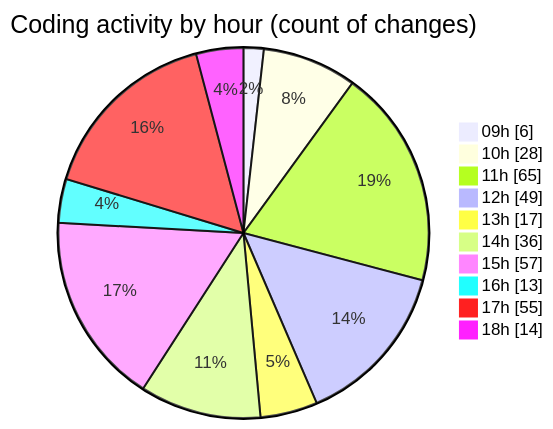
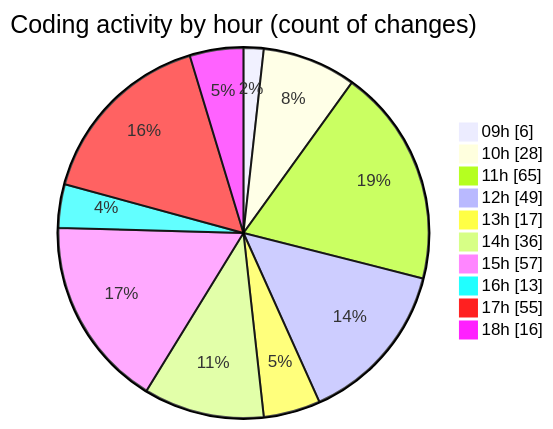
The second of 2 diagrams in 2025-03-27/cda/README.md (momahboobian/code-tracking), drawn with Mermaid before and after one commit. The commit also changed other lines of this file and 1 other file, not shown here.

````diff
--- a/2025-03-27/cda/README.md
+++ b/2025-03-27/cda/README.md
@@ -39,14 +39,14 @@
 ```mermaid
 pie showData
 title Coding activity by hour (count of changes)
 "09h" : 6
 "10h" : 28
 "11h" : 65
 "12h" : 49
 "13h" : 17
 "14h" : 36
 "15h" : 57
 "16h" : 13
 "17h" : 55
-"18h" : 14
+"18h" : 16
 ```
````
